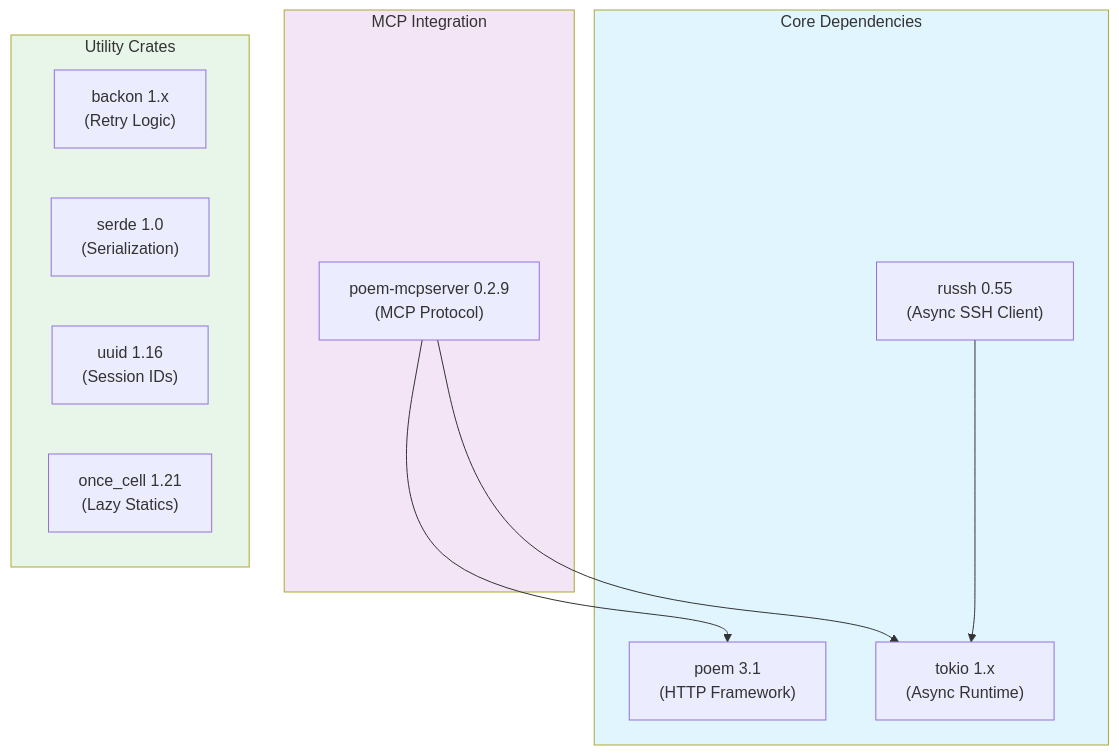
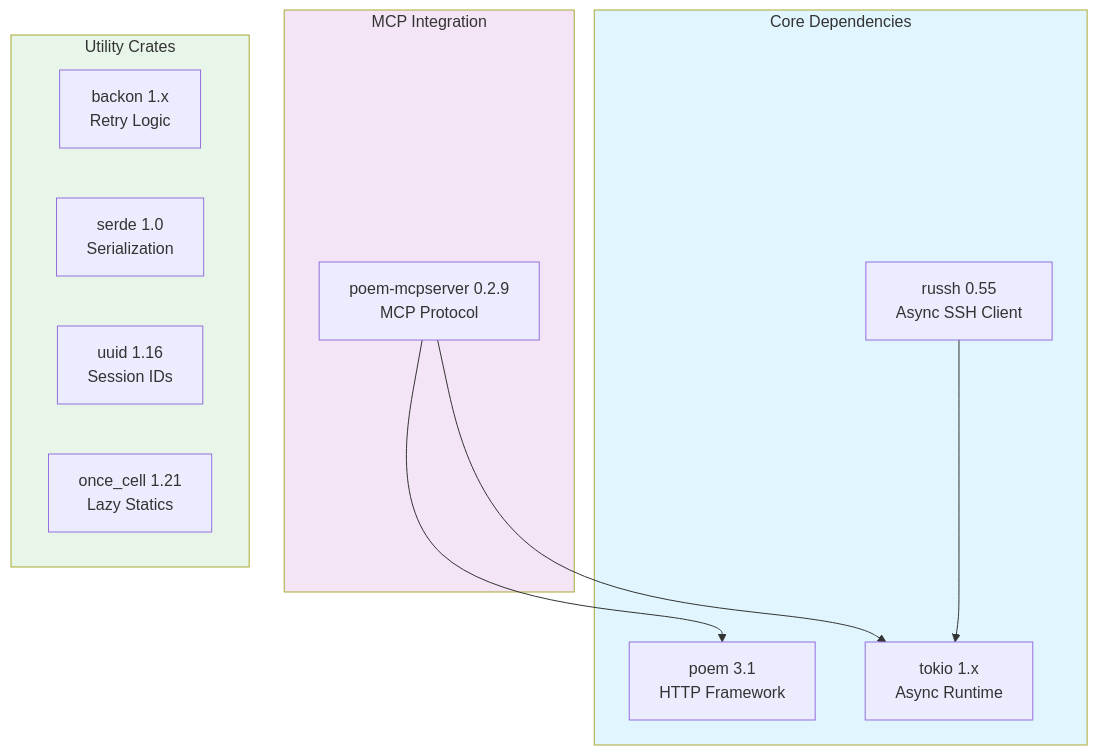
Before and after one commit to farchanjo/ssh-mcp: the tenth of 10 diagrams in docs/ARCHITECTURE.md, drawn with Mermaid. The commit also changed other lines of this file and 3 other files, not shown here.

First line of the commit message:
docs: update all documentation for RSA hash and modular architecture

````diff
--- a/docs/ARCHITECTURE.md
+++ b/docs/ARCHITECTURE.md
@@ -505,27 +656,27 @@
 ```mermaid
 flowchart TB
     subgraph Core["Core Dependencies"]
-        Russh["russh 0.55<br/>(Async SSH Client)"]
-        Tokio["tokio 1.x<br/>(Async Runtime)"]
-        Poem["poem 3.1<br/>(HTTP Framework)"]
+        Russh["russh 0.55<br/>Async SSH Client"]
+        Tokio["tokio 1.x<br/>Async Runtime"]
+        Poem["poem 3.1<br/>HTTP Framework"]
     end
 
     subgraph MCP["MCP Integration"]
-        PoemMCP["poem-mcpserver 0.2.9<br/>(MCP Protocol)"]
+        PoemMCP["poem-mcpserver 0.2.9<br/>MCP Protocol"]
     end
 
     subgraph Utilities["Utility Crates"]
-        Backon["backon 1.x<br/>(Retry Logic)"]
-        Serde["serde 1.0<br/>(Serialization)"]
-        UUID["uuid 1.16<br/>(Session IDs)"]
-        OnceCell["once_cell 1.21<br/>(Lazy Statics)"]
+        Backon["backon 1.x<br/>Retry Logic"]
+        Serde["serde 1.0<br/>Serialization"]
+        UUID["uuid 1.16<br/>Session IDs"]
+        OnceCell["once_cell 1.21<br/>Lazy Statics"]
     end
 
     PoemMCP --> Poem
     PoemMCP --> Tokio
     Russh --> Tokio
 
     style Core fill:#e1f5fe
     style MCP fill:#f3e5f5
     style Utilities fill:#e8f5e9
 ```
````
